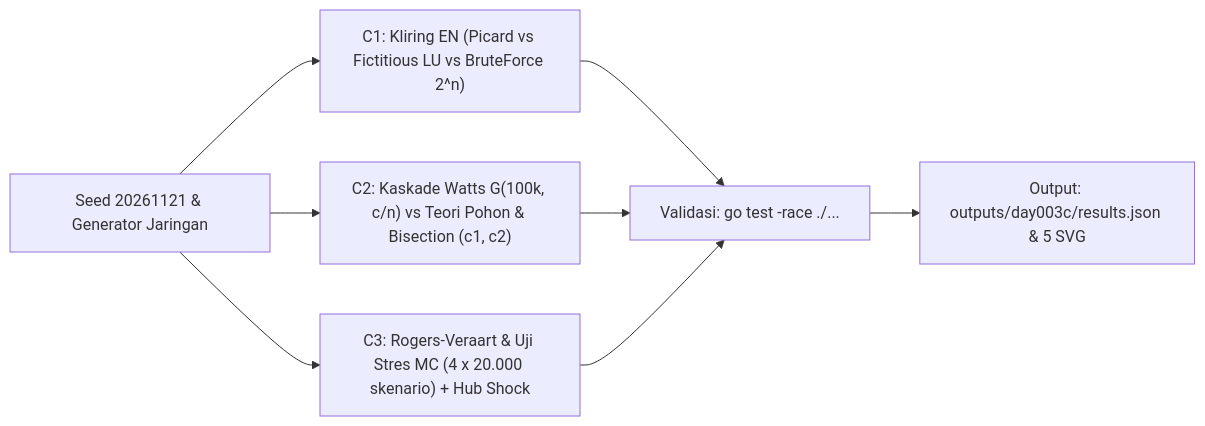
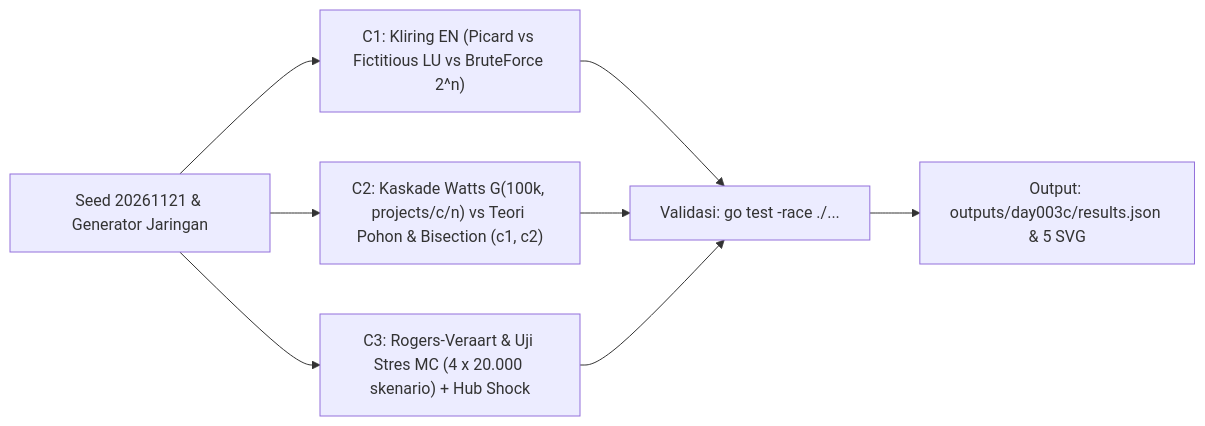
The diagram in docs/project-explanations/day003c_quant_systemic-risk.md (Orls967/100QB), drawn with Mermaid before and after one commit. The commit also changed other lines of this file and 271 other files, not shown here.

````diff
--- a/docs/project-explanations/day003c_quant_systemic-risk.md
+++ b/docs/project-explanations/day003c_quant_systemic-risk.md
@@ -42,10 +42,10 @@
 ```mermaid
 flowchart LR
     A["Seed 20261121 & Generator Jaringan"] --> B["C1: Kliring EN (Picard vs Fictitious LU vs BruteForce 2^n)"]
-    A --> C["C2: Kaskade Watts G(100k, c/n) vs Teori Pohon & Bisection (c1, c2)"]
+    A --> C["C2: Kaskade Watts G(100k, projects/c/n) vs Teori Pohon & Bisection (c1, c2)"]
     A --> D["C3: Rogers-Veraart & Uji Stres MC (4 x 20.000 skenario) + Hub Shock"]
     B --> E["Validasi: go test -race ./..."]
     C --> E
     D --> E
     E --> F["Output: outputs/day003c/results.json & 5 SVG"]
 ```
````
